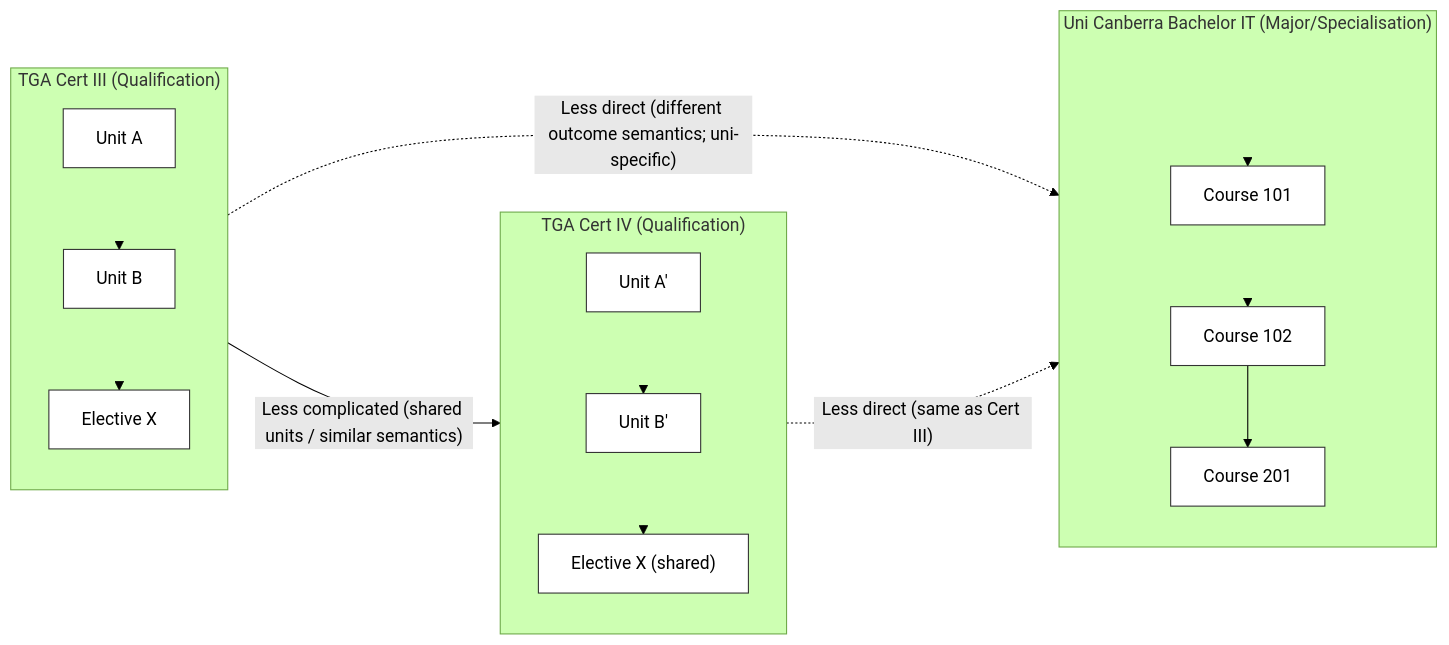
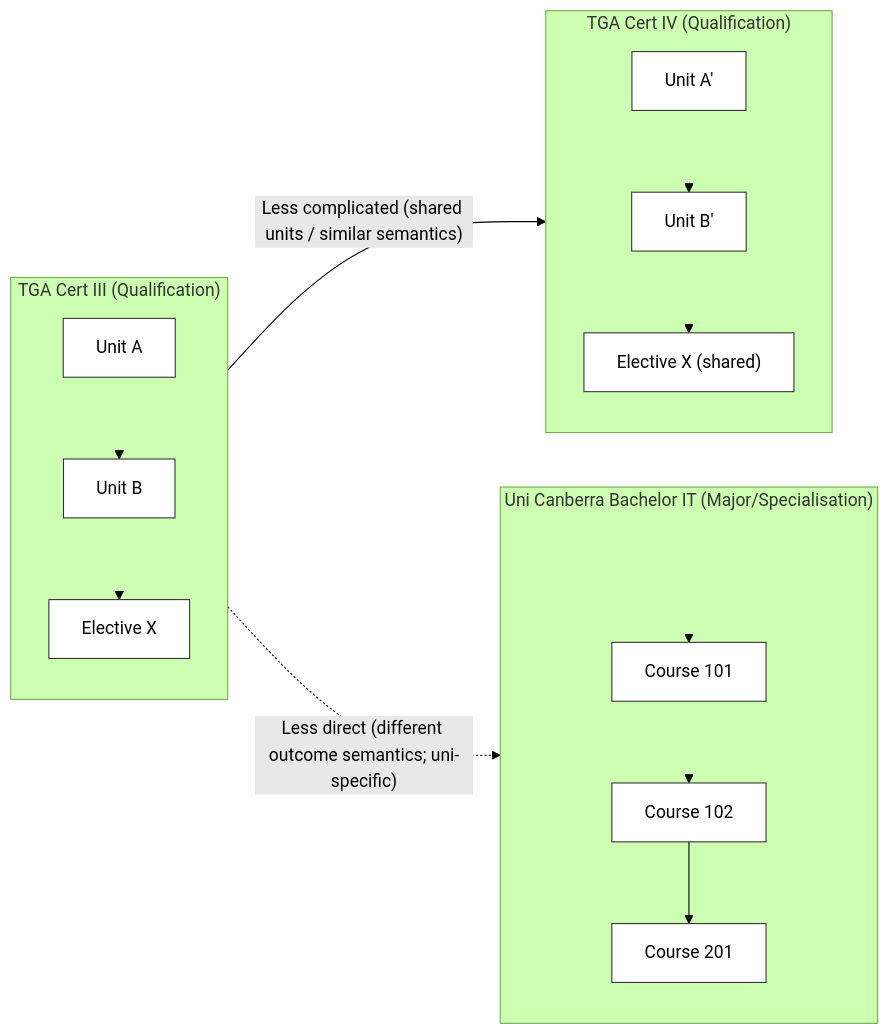
Before and after one commit to leskneebone/skills-SPARQL: the first of 3 diagrams in reports/creditTransferModels.md, drawn with Mermaid (forest theme).

````diff
--- a/reports/creditTransferModels.md
+++ b/reports/creditTransferModels.md
@@ -1,39 +1,38 @@
 ```mermaid
 flowchart LR
   %% Diagram 1 — direct mappings (VET↔VET easier than VET↔HE)
 
   subgraph CertIII["TGA Cert III (Qualification)"]
     C3a["Unit A"]:::unit
     C3b["Unit B"]:::unit
     C3d["Elective X"]:::unit
     C3a --> C3b
     C3b --> C3d
   end
 
   subgraph CertIV["TGA Cert IV (Qualification)"]
     C4a["Unit A'"]:::unit
     C4b["Unit B'"]:::unit
     C4x["Elective X (shared)"]:::unit
     C4a --> C4b
     C4b --> C4x
   end
 
   subgraph UCBIT["Uni Canberra Bachelor IT (Major/Specialisation)"]
     spacer[" "]:::spacer
     UC1["Course 101"]:::unit
     UC2["Course 102"]:::unit
     UC3["Course 201"]:::unit
     spacer --> UC1
     UC1 --> UC2 --> UC3
   end
 
   CertIII -- "Less complicated (shared units / similar semantics)" --> CertIV
   CertIII -. "Less direct (different outcome semantics; uni-specific)" .-> UCBIT
-  CertIV  -. "Less direct (same as Cert III)" .-> UCBIT
 
   classDef unit fill:#fff,stroke:#333,stroke-width:1px;
   classDef spacer fill:none,stroke:none;
 
   %% Hide the internal “stacking” links (indices 0..5)
   linkStyle 0,1,2,3,4,5 stroke-width:0px;
 ```
````
